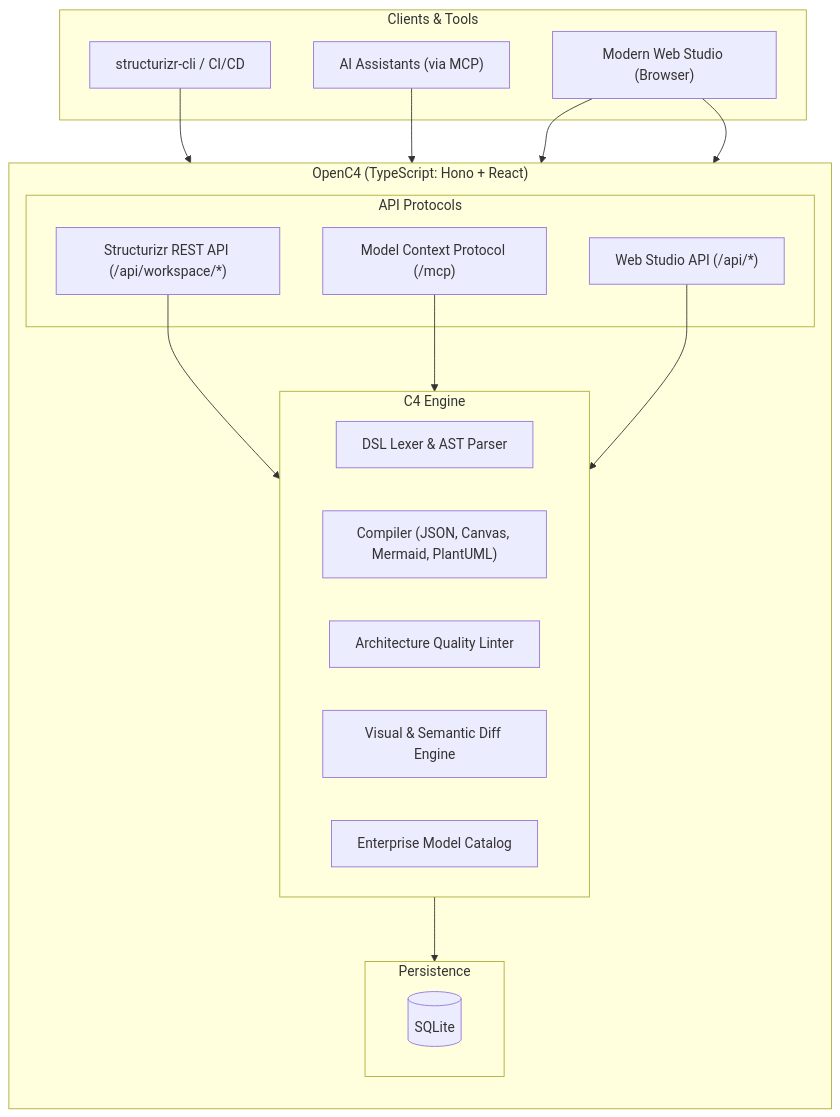
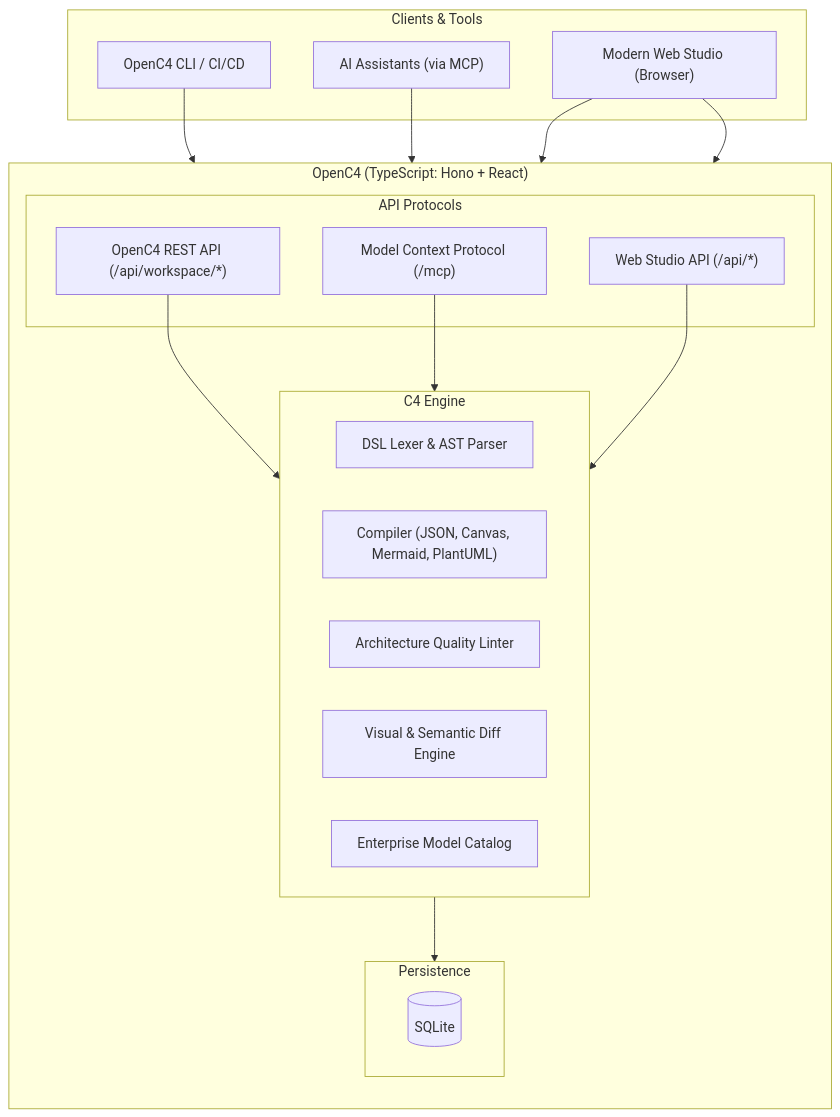
One commit to gpimblott/openc4 changed the diagram in README.md. Above: the diagram before and after it, drawn with Mermaid.

````diff
--- a/README.md
+++ b/README.md
@@ -25,39 +25,39 @@
 ```mermaid
 flowchart TB
     subgraph Clients["Clients & Tools"]
-        CLI["structurizr-cli / CI/CD"]
+        CLI["OpenC4 CLI / CI/CD"]
         AI["AI Assistants (via MCP)"]
         Browser["Modern Web Studio (Browser)"]
     end
 
     subgraph Server["OpenC4 (TypeScript: Hono + React)"]
         direction TB
         subgraph Gateway["API Protocols"]
-            REST["Structurizr REST API (/api/workspace/*)"]
+            REST["OpenC4 REST API (/api/workspace/*)"]
             MCP["Model Context Protocol (/mcp)"]
             StudioAPI["Web Studio API (/api/*)"]
         end
 
         subgraph Core["C4 Engine"]
             Parser["DSL Lexer & AST Parser"]
             Compiler["Compiler (JSON, Canvas, Mermaid, PlantUML)"]
             Inspection["Architecture Quality Linter"]
             Diff["Visual & Semantic Diff Engine"]
             Catalog["Enterprise Model Catalog"]
         end
 
         subgraph Storage["Persistence"]
             DB[(SQLite)]
         end
     end
 
     CLI --> REST
     AI --> MCP
     Browser --> StudioAPI
     Browser --> REST
 
     REST --> Core
     MCP --> Core
     StudioAPI --> Core
     Core --> Storage
 ```
````
